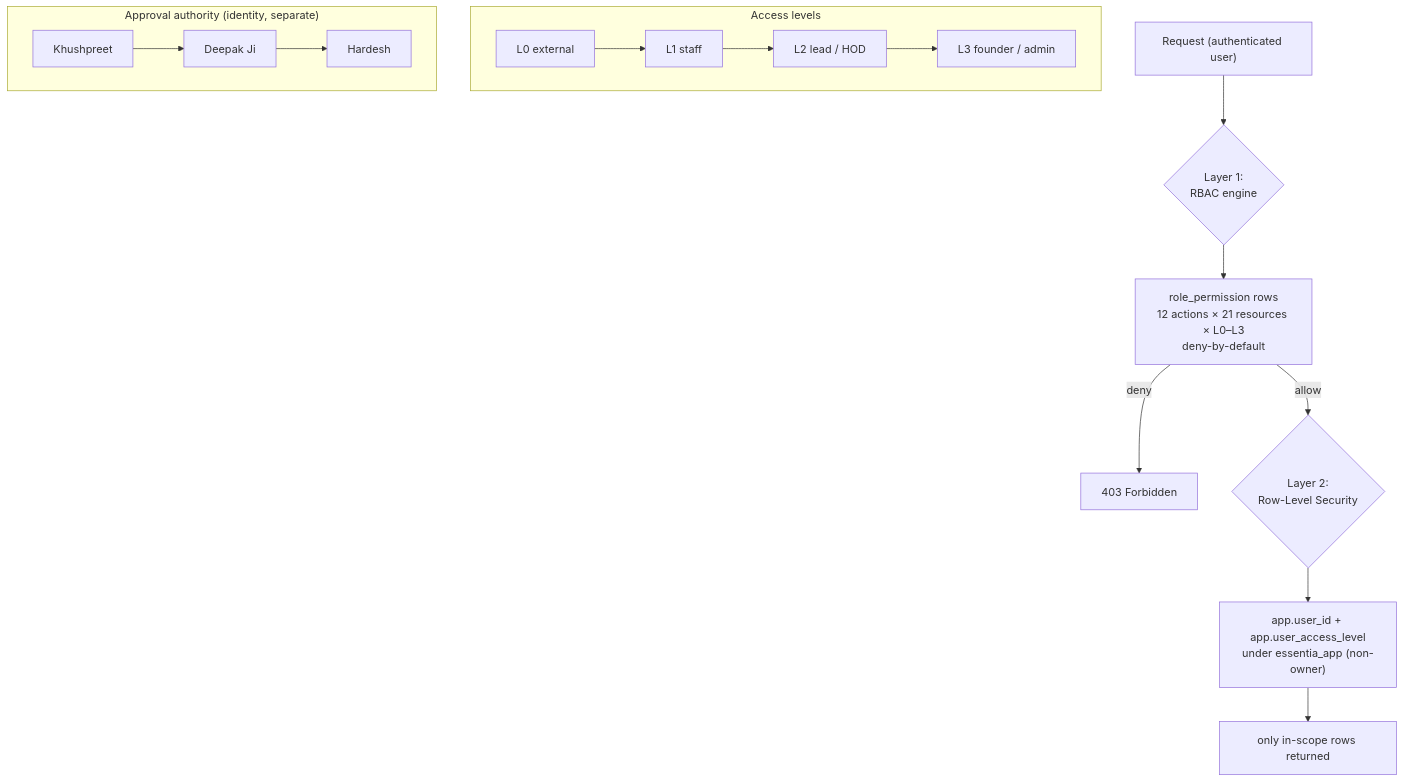
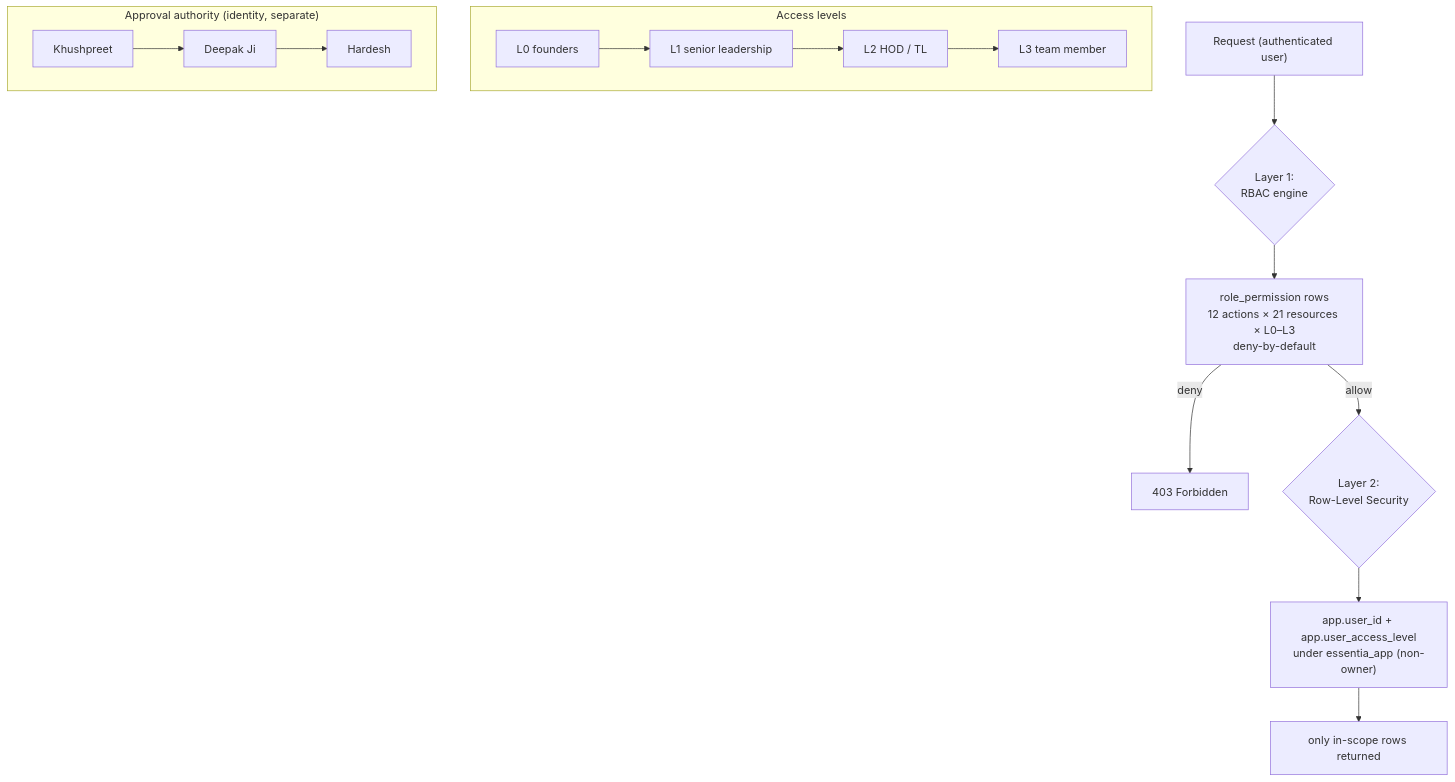
One commit to Ruby20012001/essentia-portal-backup--- changed the ninth of 10 diagrams in docs/architecture/DIAGRAMS.md. Above: the diagram before and after it, drawn with Mermaid.

Commit message:
docs: correct L0-L3 ordering in the RBAC hierarchy diagram
The DIAGRAMS.md §9 "Access levels" node had the hierarchy reversed
(L0 external → L3 founder). Per db/004 and rbac.md the order is
L0 founders (top) → L1 senior leadership → L2 HOD/TL → L3 team member.
Found while wiring the scheduler's L1 system account.

````diff
--- a/docs/architecture/DIAGRAMS.md
+++ b/docs/architecture/DIAGRAMS.md
@@ -205,16 +205,16 @@
 ```mermaid
 flowchart TB
   REQ["Request (authenticated user)"] --> L1{"Layer 1:<br/>RBAC engine"}
   L1 --> PERM["role_permission rows<br/>12 actions × 21 resources × L0–L3<br/>deny-by-default"]
   PERM -- deny --> D403["403 Forbidden"]
   PERM -- allow --> L2{"Layer 2:<br/>Row-Level Security"}
   L2 --> GUC["app.user_id + app.user_access_level<br/>under essentia_app (non-owner)"]
   GUC --> ROWS["only in-scope rows returned"]
   subgraph Levels["Access levels"]
     direction LR
-    L0["L0 external"] --> L1a["L1 staff"] --> L2a["L2 lead / HOD"] --> L3a["L3 founder / admin"]
+    L0["L0 founders"] --> L1a["L1 senior leadership"] --> L2a["L2 HOD / TL"] --> L3a["L3 team member"]
   end
   subgraph Approval["Approval authority (identity, separate)"]
     A1["Khushpreet"] --> A2["Deepak Ji"] --> A3["Hardesh"]
   end
 ```
````
